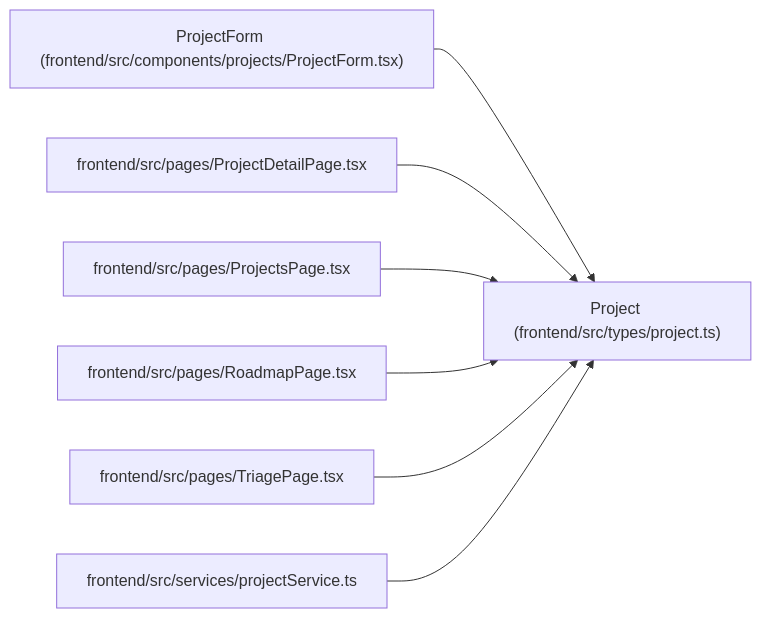
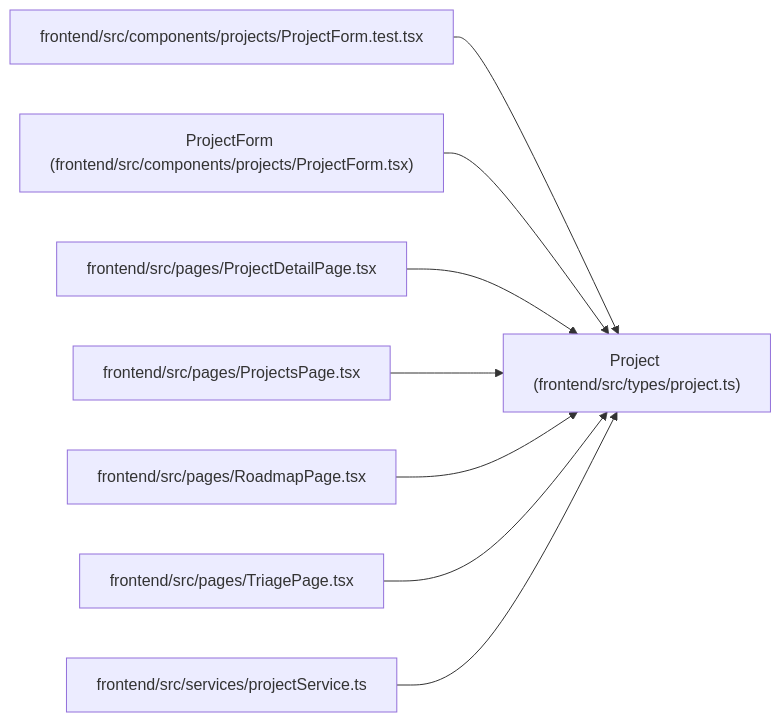
Before and after one commit to Denissvgn/WorkChord: the diagram in docs/llm_wiki/entities/types_project_Project.md, drawn with Mermaid. The commit also changed other lines of this file and 290 other files, not shown here.

````diff
--- a/docs/llm_wiki/entities/types_project_Project.md
+++ b/docs/llm_wiki/entities/types_project_Project.md
@@ -41,23 +41,26 @@
 ```mermaid
 flowchart LR
     n0["Project (frontend/src/types/project.ts)"]
-    n1["ProjectForm (frontend/src/components/projects/ProjectForm.tsx)"]
-    n2["frontend/src/pages/ProjectDetailPage.tsx"]
-    n3["frontend/src/pages/ProjectsPage.tsx"]
-    n4["frontend/src/pages/RoadmapPage.tsx"]
-    n5["frontend/src/pages/TriagePage.tsx"]
-    n6["frontend/src/services/projectService.ts"]
+    n1["frontend/src/components/projects/ProjectForm.test.tsx"]
+    n2["ProjectForm (frontend/src/components/projects/ProjectForm.tsx)"]
+    n3["frontend/src/pages/ProjectDetailPage.tsx"]
+    n4["frontend/src/pages/ProjectsPage.tsx"]
+    n5["frontend/src/pages/RoadmapPage.tsx"]
+    n6["frontend/src/pages/TriagePage.tsx"]
+    n7["frontend/src/services/projectService.ts"]
     n1 --> n0
     n2 --> n0
     n3 --> n0
     n4 --> n0
     n5 --> n0
     n6 --> n0
+    n7 --> n0
     click n0 "../modules/types_project.md"
-    click n1 "../modules/ProjectForm.md"
-    click n2 "../modules/ProjectDetailPage.md"
-    click n3 "../modules/ProjectsPage.md"
-    click n4 "../modules/RoadmapPage.md"
-    click n5 "../modules/TriagePage.md"
-    click n6 "../modules/projectService.md"
+    click n1 "../modules/ProjectForm.test.md"
+    click n2 "../modules/ProjectForm.md"
+    click n3 "../modules/ProjectDetailPage.md"
+    click n4 "../modules/ProjectsPage.md"
+    click n5 "../modules/RoadmapPage.md"
+    click n6 "../modules/TriagePage.md"
+    click n7 "../modules/projectService.md"
 ```
````
